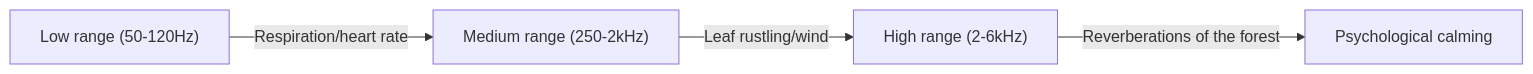
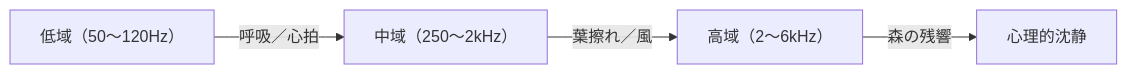
Before and after one commit to monumental-movement/monumental-movement.github.io: the second of 2 diagrams in en/_posts/2025-10-27-column-recondite-forest.md, drawn with Mermaid. The commit also changed other lines of this file and 1701 other files, not shown here.

```diff
--- a/en/_posts/2025-10-27-column-recondite-forest.md
+++ b/en/_posts/2025-10-27-column-recondite-forest.md
@@ -154,8 +152,8 @@
 <div class="mermaid">
 
 graph LR
-A["Low range (50-120Hz)"] -->|Respiration/heart rate| B["Medium range (250-2kHz)"]
-B -->|Leaf rustling/wind| C["High range (2-6kHz)"]
-C -->|Reverberations of the forest| D["Psychological calming"]
+    A["低域（50〜120Hz）"] -->|呼吸／心拍| B["中域（250〜2kHz）"]
+    B -->|葉擦れ／風| C["高域（2〜6kHz）"]
+    C -->|森の残響| D["心理的沈静"]
 
 </div>
```
